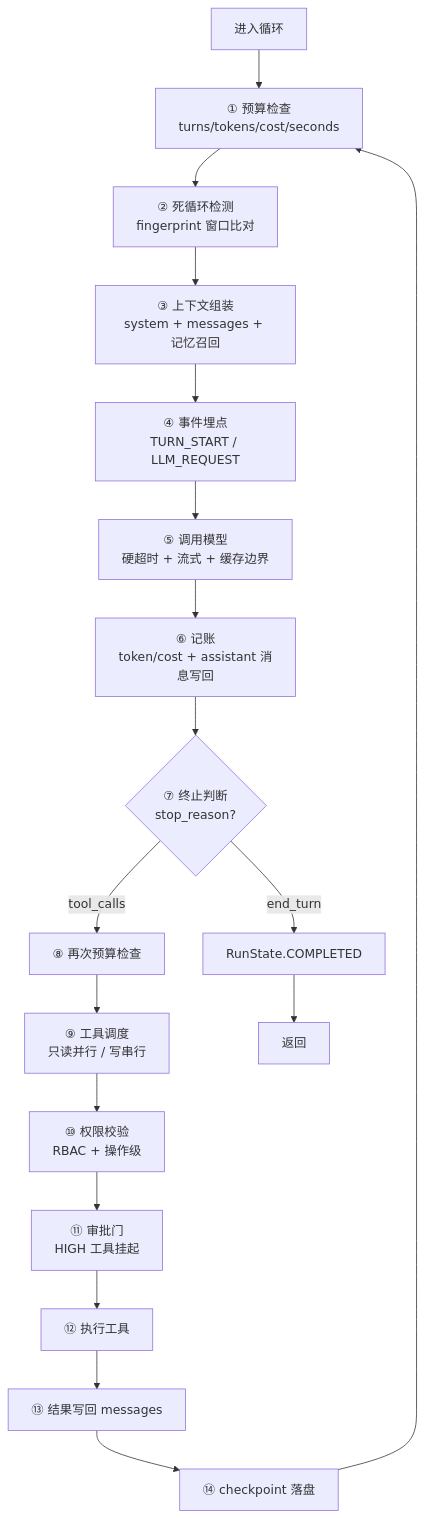
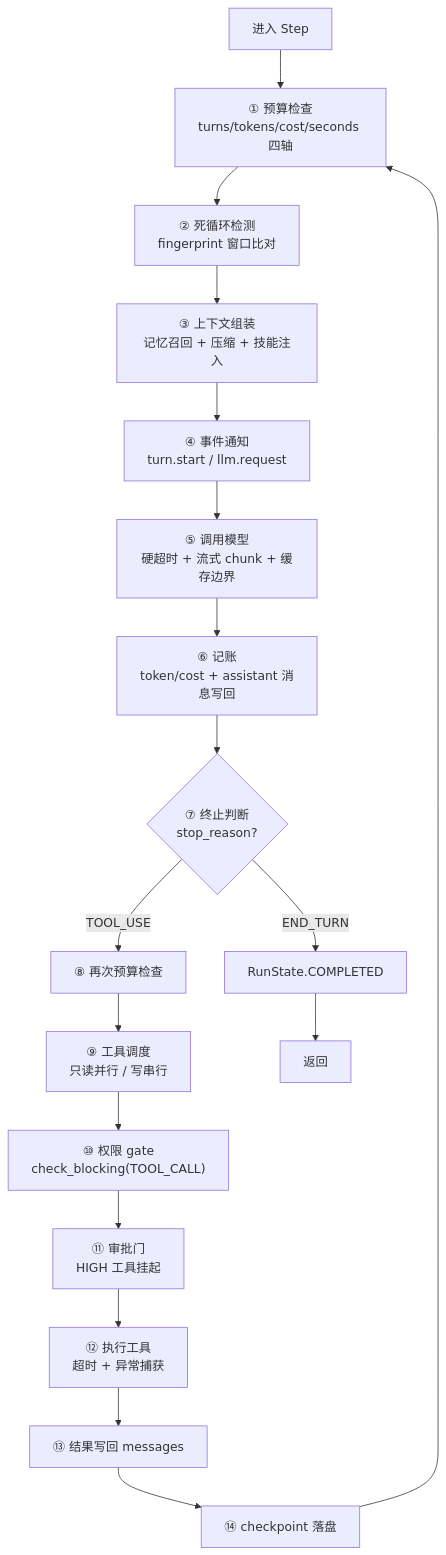
One commit to limenagent/prodagent changed the first of 2 diagrams in docs/tour/05-loop.md. Above: the diagram before and after it, drawn with Mermaid. The commit also changed other lines of this file and 28 other files, not shown here.

````diff
--- a/docs/tour/05-loop.md
+++ b/docs/tour/05-loop.md
@@ -27,21 +27,20 @@
 ```mermaid
 graph TD
-    START["进入循环"] --> CHECK1["① 预算检查<br/>turns/tokens/cost/seconds"]
+    START["进入 Step"] --> CHECK1["① 预算检查<br/>turns/tokens/cost/seconds 四轴"]
     CHECK1 --> GUARD["② 死循环检测<br/>fingerprint 窗口比对"]
-    GUARD --> ASSEMBLE["③ 上下文组装<br/>system + messages + 记忆召回"]
-    ASSEMBLE --> FIRE1["④ 事件埋点<br/>TURN_START / LLM_REQUEST"]
-    FIRE1 --> CALL["⑤ 调用模型<br/>硬超时 + 流式 + 缓存边界"]
+    GUARD --> ASSEMBLE["③ 上下文组装<br/>记忆召回 + 压缩 + 技能注入"]
+    ASSEMBLE --> FIRE1["④ 事件通知<br/>turn.start / llm.request"]
+    FIRE1 --> CALL["⑤ 调用模型<br/>硬超时 + 流式 chunk + 缓存边界"]
     CALL --> ACCOUNT["⑥ 记账<br/>token/cost + assistant 消息写回"]
     ACCOUNT --> STOP{"⑦ 终止判断<br/>stop_reason?"}
-    STOP -->|end_turn| COMPLETE["RunState.COMPLETED"]
-    STOP -->|tool_calls| CHECK2["⑧ 再次预算检查"]
+    STOP -->|END_TURN| COMPLETE["RunState.COMPLETED"]
+    STOP -->|TOOL_USE| CHECK2["⑧ 再次预算检查"]
     CHECK2 --> DISPATCH["⑨ 工具调度<br/>只读并行 / 写串行"]
-    DISPATCH --> AUTH["⑩ 权限校验<br/>RBAC + 操作级"]
-    AUTH --> APPROVE["⑪ 审批门<br/>HIGH 工具挂起"]
-    APPROVE --> EXEC["⑫ 执行工具"]
+    DISPATCH --> GATE["⑩ 权限 gate<br/>check_blocking(TOOL_CALL)"]
+    GATE --> APPROVE["⑪ 审批门<br/>HIGH 工具挂起"]
+    APPROVE --> EXEC["⑫ 执行工具<br/>超时 + 异常捕获"]
     EXEC --> RESULT["⑬ 结果写回 messages"]
     RESULT --> CHECKPOINT["⑭ checkpoint 落盘"]
     CHECKPOINT --> CHECK1
-
     COMPLETE --> END["返回"]
 ```
````
